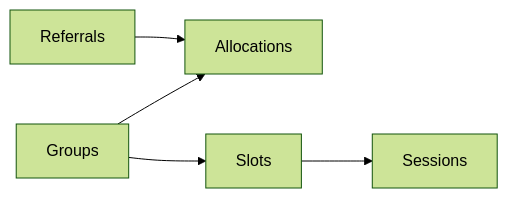
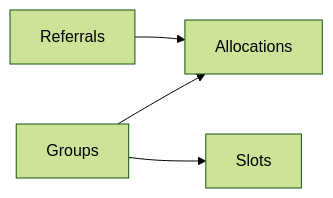
The second of 2 diagrams in docs/2026-02-im-data-import-architecture.md (ministryofjustice/hmpps-accredited-programmes-manage-and-deliver-api), drawn with Mermaid (forest theme) before and after one commit. The commit also changed other lines of this file and 2 other files, not shown here.

````diff
--- a/docs/2026-02-im-data-import-architecture.md
+++ b/docs/2026-02-im-data-import-architecture.md
@@ -111,7 +126,7 @@
 ```mermaid
 flowchart LR
     R[Referrals] --> A[Allocations]
     G[Groups] --> S[Slots]
     G --> A
-    S --> Sess[Sessions]
+    
 ```
````
